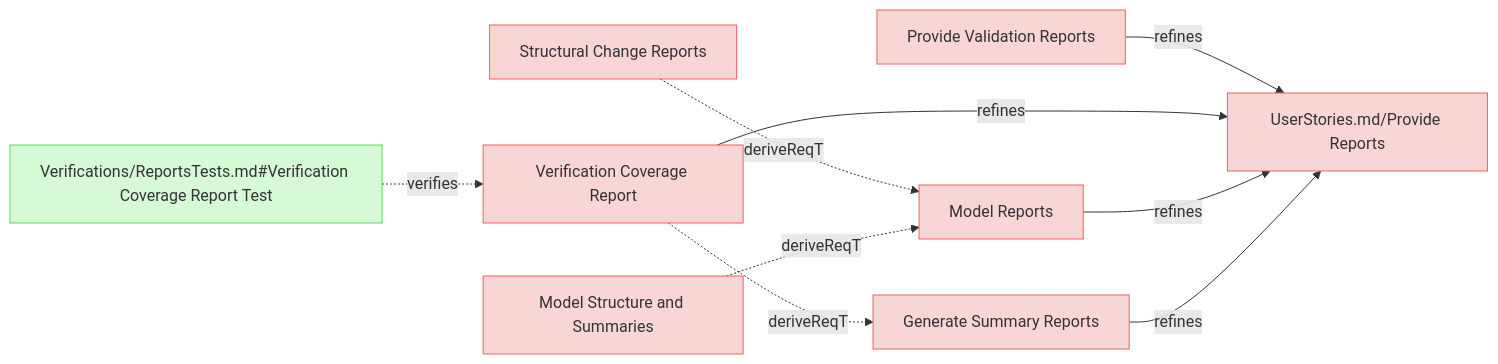
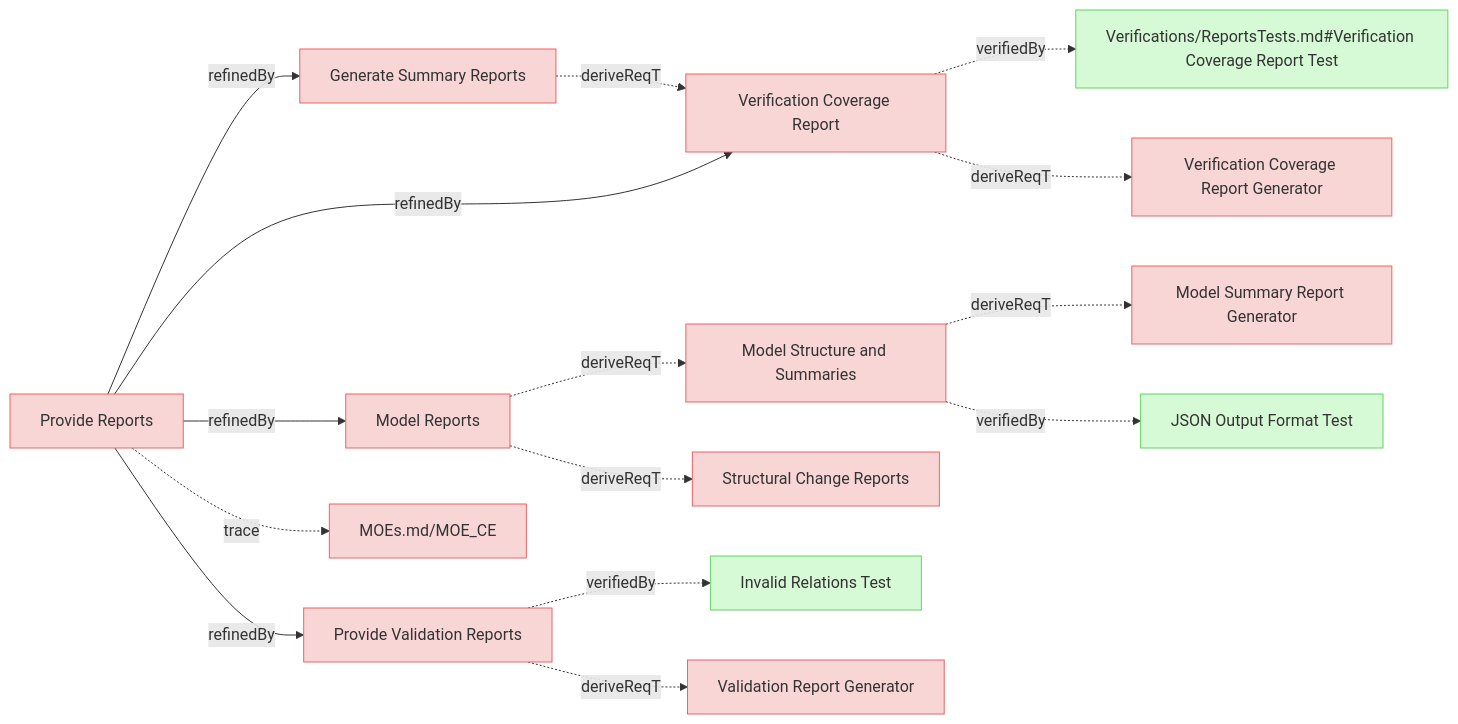
The fifth of 9 diagrams in specifications/UserRequirements.md (reqvire-org/reqvire), drawn with Mermaid before and after one commit. The commit also changed other lines of this file and 27 other files, not shown here.

Commit message:
Diagrams update.X

````diff
--- a/specifications/UserRequirements.md
+++ b/specifications/UserRequirements.md
@@ -322,41 +470,65 @@
 ```mermaid
 graph LR;
   %% Graph styling
   classDef requirement fill:#f9d6d6,stroke:#f55f5f,stroke-width:1px;
   classDef verification fill:#d6f9d6,stroke:#5fd75f,stroke-width:1px;
   classDef externalLink fill:#d0e0ff,stroke:#3080ff,stroke-width:1px;
   classDef default fill:#f5f5f5,stroke:#333333,stroke-width:1px;
 
+  f7a606aa79ba438["Verification Coverage Report"];
+  class f7a606aa79ba438 requirement;
+  click f7a606aa79ba438 "UserRequirements.md#verification-coverage-report";
+  349f5e874cf22d98["Verifications/ReportsTests.md#Verification Coverage Report Test"];
+  class 349f5e874cf22d98 verification;
+  click 349f5e874cf22d98 "Verifications/ReportsTests.md#verification-coverage-report-test";
+  f7a606aa79ba438 -.->|verifiedBy| 349f5e874cf22d98;
+  2f5273c3b5655b33["Verification Coverage Report Generator"];
+  class 2f5273c3b5655b33 requirement;
+  click 2f5273c3b5655b33 "SystemRequirements/Requirements.md#verification-coverage-report-generator";
+  f7a606aa79ba438 -.->|deriveReqT| 2f5273c3b5655b33;
+  b5c9876f83e7d0ce["Generate Summary Reports"];
+  class b5c9876f83e7d0ce requirement;
+  click b5c9876f83e7d0ce "UserRequirements.md#generate-summary-reports";
+  b5c9876f83e7d0ce -.->|deriveReqT| f7a606aa79ba438;
+  ad6f7a2d41d80a38["Model Structure and Summaries"];
+  class ad6f7a2d41d80a38 requirement;
+  click ad6f7a2d41d80a38 "UserRequirements.md#model-structure-and-summaries";
+  b882613af131f35f["Model Summary Report Generator"];
+  class b882613af131f35f requirement;
+  click b882613af131f35f "SystemRequirements/Requirements.md#model-summary-report-generator";
+  ad6f7a2d41d80a38 -.->|deriveReqT| b882613af131f35f;
+  9a53e9c00918fd02["JSON Output Format Test"];
+  class 9a53e9c00918fd02 verification;
+  click 9a53e9c00918fd02 "Verifications/ValidationTests.md#json-output-format-test";
+  ad6f7a2d41d80a38 -.->|verifiedBy| 9a53e9c00918fd02;
   1908501a80db5c46["Structural Change Reports"];
   class 1908501a80db5c46 requirement;
   click 1908501a80db5c46 "UserRequirements.md#structural-change-reports";
   70701096d332c0b2["Model Reports"];
   class 70701096d332c0b2 requirement;
   click 70701096d332c0b2 "UserRequirements.md#model-reports";
-  1908501a80db5c46 -.->|deriveReqT| 70701096d332c0b2;
+  70701096d332c0b2 -.->|deriveReqT| ad6f7a2d41d80a38;
+  70701096d332c0b2 -.->|deriveReqT| 1908501a80db5c46;
   ed31b6bed1cde2f8["Provide Validation Reports"];
   class ed31b6bed1cde2f8 requirement;
   click ed31b6bed1cde2f8 "UserRequirements.md#provide-validation-reports";
-  91a0adb0b4d959c4["UserStories.md/Provide Reports"];
+  e37dc7f46d75d46["Invalid Relations Test"];
+  class e37dc7f46d75d46 verification;
+  click e37dc7f46d75d46 "Verifications/ValidationTests.md#invalid-relations-test";
+  ed31b6bed1cde2f8 -.->|verifiedBy| e37dc7f46d75d46;
+  d667d94124e3bab7["Validation Report Generator"];
+  class d667d94124e3bab7 requirement;
+  click d667d94124e3bab7 "SystemRequirements/Requirements.md#validation-report-generator";
+  ed31b6bed1cde2f8 -.->|deriveReqT| d667d94124e3bab7;
+  91a0adb0b4d959c4["Provide Reports"];
   class 91a0adb0b4d959c4 requirement;
   click 91a0adb0b4d959c4 "UserStories.md#provide-reports";
-  ed31b6bed1cde2f8 -->|refines| 91a0adb0b4d959c4;
-  f7a606aa79ba438["Verification Coverage Report"];
-  class f7a606aa79ba438 requirement;
-  click f7a606aa79ba438 "UserRequirements.md#verification-coverage-report";
-  f7a606aa79ba438 -->|refines| 91a0adb0b4d959c4;
-  b5c9876f83e7d0ce["Generate Summary Reports"];
-  class b5c9876f83e7d0ce requirement;
-  click b5c9876f83e7d0ce "UserRequirements.md#generate-summary-reports";
-  f7a606aa79ba438 -.->|deriveReqT| b5c9876f83e7d0ce;
-  349f5e874cf22d98["Verifications/ReportsTests.md#Verification Coverage Report Test"];
-  class 349f5e874cf22d98 verification;
-  click 349f5e874cf22d98 "Verifications/ReportsTests.md#verification-coverage-report-test";
-  349f5e874cf22d98 -.->|verifies| f7a606aa79ba438;
-  70701096d332c0b2 -->|refines| 91a0adb0b4d959c4;
-  ad6f7a2d41d80a38["Model Structure and Summaries"];
-  class ad6f7a2d41d80a38 requirement;
-  click ad6f7a2d41d80a38 "UserRequirements.md#model-structure-and-summaries";
-  ad6f7a2d41d80a38 -.->|deriveReqT| 70701096d332c0b2;
-  b5c9876f83e7d0ce -->|refines| 91a0adb0b4d959c4;
+  e9ad540a6411a0fc["MOEs.md/MOE_CE"];
+  class e9ad540a6411a0fc requirement;
+  click e9ad540a6411a0fc "MOEs.md#moe_ce";
+  91a0adb0b4d959c4 -.->|trace| e9ad540a6411a0fc;
+  91a0adb0b4d959c4 -->|refinedBy| f7a606aa79ba438;
+  91a0adb0b4d959c4 -->|refinedBy| b5c9876f83e7d0ce;
+  91a0adb0b4d959c4 -->|refinedBy| 70701096d332c0b2;
+  91a0adb0b4d959c4 -->|refinedBy| ed31b6bed1cde2f8;
 ```
````
